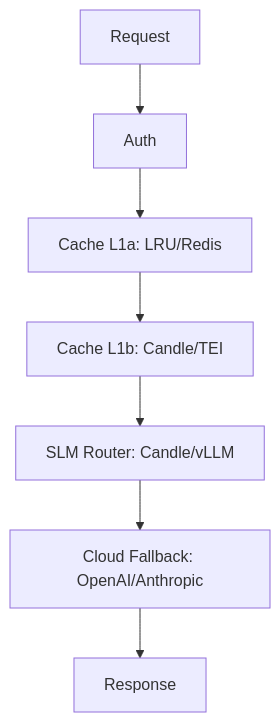
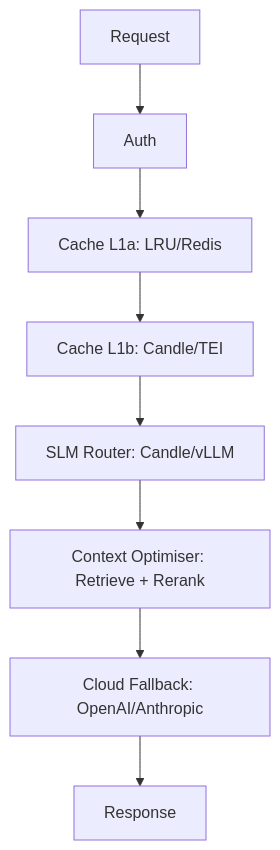
Before and after one commit to mattmillartech/Isartor: the diagram in docs/2-ARCHITECTURE.md, drawn with Mermaid. The commit also changed other lines of this file and 8 other files, not shown here.

Commit message:
docs: Add Layer 2.5 (Context Optimiser) to all architecture docs, diagrams, and deployment guides

````diff
--- a/docs/2-ARCHITECTURE.md
+++ b/docs/2-ARCHITECTURE.md
@@ -54,9 +55,10 @@
 ```mermaid
 flowchart TD
     A[Request] --> B[Auth]
     B --> C[Cache L1a: LRU/Redis]
     C --> D[Cache L1b: Candle/TEI]
     D --> E[SLM Router: Candle/vLLM]
-    E --> F[Cloud Fallback: OpenAI/Anthropic]
-    F --> G[Response]
+    E --> F[Context Optimiser: Retrieve + Rerank]
+    F --> G[Cloud Fallback: OpenAI/Anthropic]
+    G --> H[Response]
 ```
````
